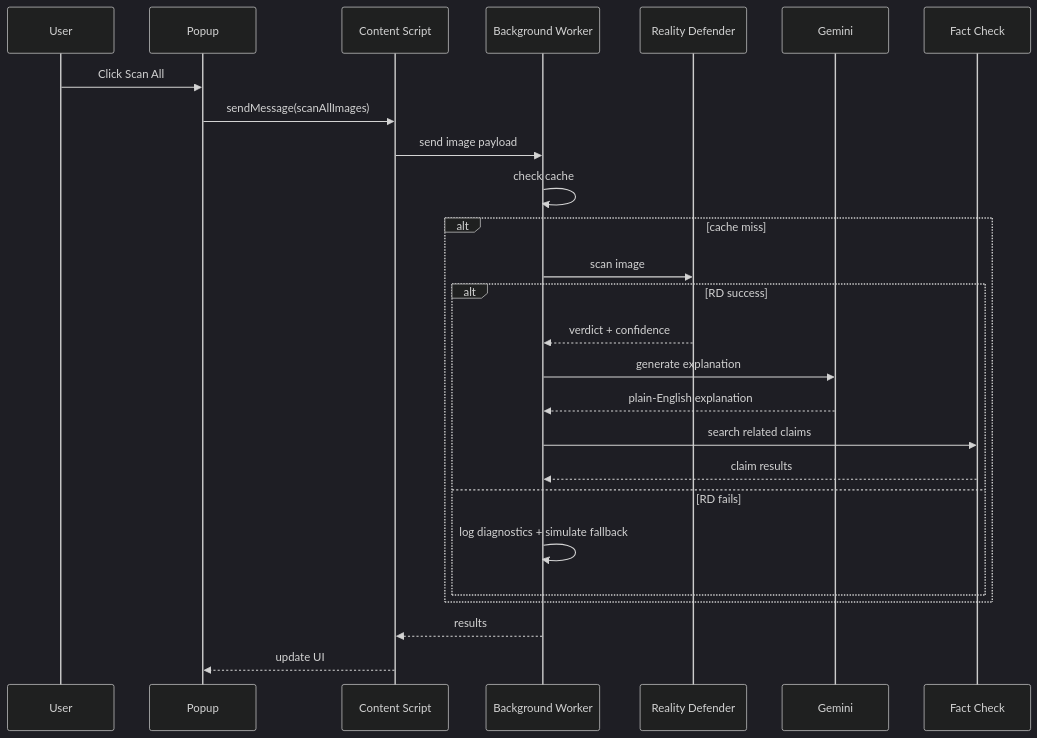
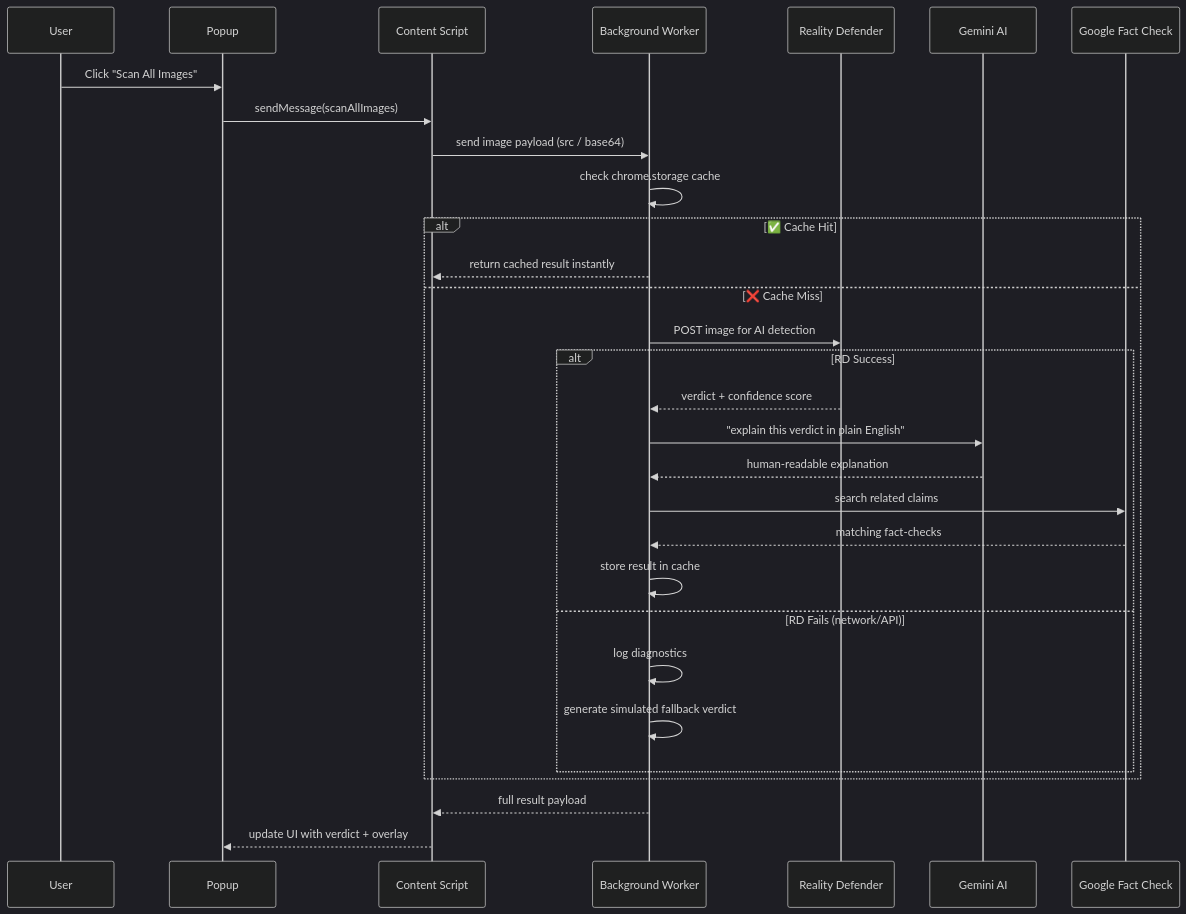
One commit to HarshBhanushali07/pixelproof changed the second of 4 diagrams in README.md. Above: the diagram before and after it, drawn with Mermaid (dark theme). The commit also changed other lines of this file, not shown here.

````diff
--- a/README.md
+++ b/README.md
@@ -69,29 +99,35 @@
 ```mermaid
 sequenceDiagram
-	participant User
-	participant Popup
-	participant Content as Content Script
-	participant BG as Background Worker
-	participant RD as Reality Defender
-	participant GM as Gemini
-	participant FC as Fact Check
+    participant User
+    participant Popup
+    participant Content as Content Script
+    participant BG as Background Worker
+    participant RD as Reality Defender
+    participant GM as Gemini AI
+    participant FC as Google Fact Check
 
-	User->>Popup: Click Scan All
-	Popup->>Content: sendMessage(scanAllImages)
-	Content->>BG: send image payload
-	BG->>BG: check cache
-	alt cache miss
-		BG->>RD: scan image
-		alt RD success
-			RD-->>BG: verdict + confidence
-			BG->>GM: generate explanation
-			GM-->>BG: plain-English explanation
-			BG->>FC: search related claims
-			FC-->>BG: claim results
-		else RD fails
-			BG->>BG: log diagnostics + simulate fallback
-		end
-	end
-	BG-->>Content: results
-	Content-->>Popup: update UI
+    User->>Popup: Click "Scan All Images"
+    Popup->>Content: sendMessage(scanAllImages)
+    Content->>BG: send image payload (src / base64)
+    BG->>BG: check chrome.storage cache
+
+    alt ✅ Cache Hit
+        BG-->>Content: return cached result instantly
+    else ❌ Cache Miss
+        BG->>RD: POST image for AI detection
+        alt RD Success
+            RD-->>BG: verdict + confidence score
+            BG->>GM: "explain this verdict in plain English"
+            GM-->>BG: human-readable explanation
+            BG->>FC: search related claims
+            FC-->>BG: matching fact-checks
+            BG->>BG: store result in cache
+        else RD Fails (network/API)
+            BG->>BG: log diagnostics
+            BG->>BG: generate simulated fallback verdict
+        end
+    end
+
+    BG-->>Content: full result payload
+    Content-->>Popup: update UI with verdict + overlay
 ```
````
